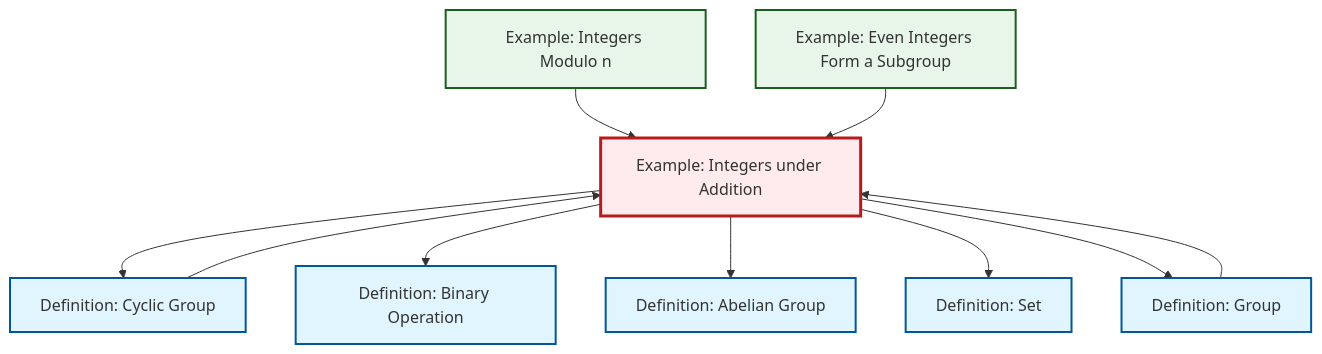
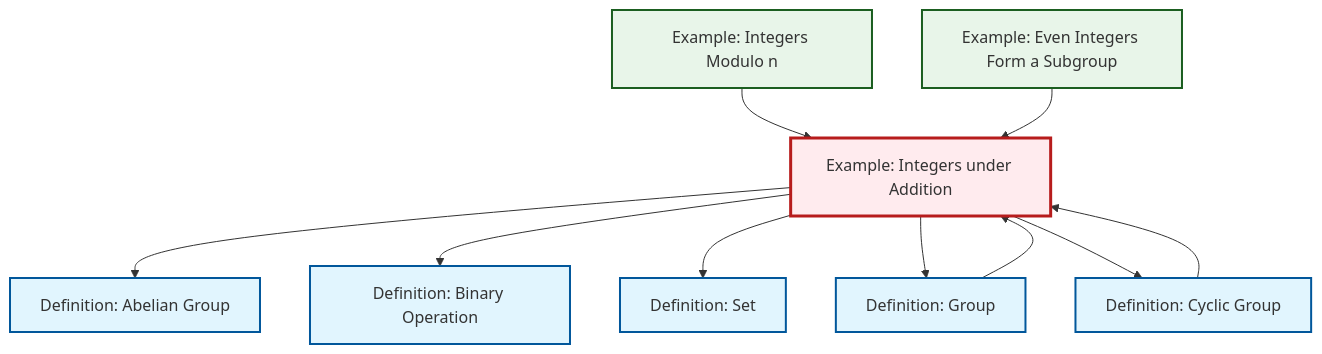
The diagram in content/en/algebra/ex-integers-addition.qmd (RK0429/ModernMath), drawn with Mermaid before and after one commit. The commit also changed other lines of this file and 619 other files, not shown here.

````diff
--- a/content/en/algebra/ex-integers-addition.qmd
+++ b/content/en/algebra/ex-integers-addition.qmd
@@ -73,34 +73,34 @@
 ```{mermaid}
 %%| fig-cap: "Local dependency graph"
 graph TD
     classDef definition fill:#e1f5fe,stroke:#01579b,stroke-width:2px
     classDef theorem fill:#f3e5f5,stroke:#4a148c,stroke-width:2px
     classDef axiom fill:#fff3e0,stroke:#e65100,stroke-width:2px
     classDef example fill:#e8f5e9,stroke:#1b5e20,stroke-width:2px
     classDef current fill:#ffebee,stroke:#b71c1c,stroke-width:3px
-    ex-even-integers-subgroup["Example: Even Integers Form a Subgroup"]:::example
+    def-binary-operation["Definition: Binary Operation"]:::definition
+    def-abelian-group["Definition: Abelian Group"]:::definition
+    ex-integers-addition["Example: Integers under Addition"]:::example
+    def-group["Definition: Group"]:::definition
+    def-set["Definition: Set"]:::definition
     def-cyclic-group["Definition: Cyclic Group"]:::definition
     ex-quotient-integers-mod-n["Example: Integers Modulo n"]:::example
-    ex-integers-addition["Example: Integers under Addition"]:::example
-    def-set["Definition: Set"]:::definition
-    def-abelian-group["Definition: Abelian Group"]:::definition
-    def-group["Definition: Group"]:::definition
-    def-binary-operation["Definition: Binary Operation"]:::definition
-    ex-integers-addition --> def-cyclic-group
-    ex-integers-addition --> def-binary-operation
-    ex-integers-addition --> def-abelian-group
-    ex-integers-addition --> def-set
+    ex-even-integers-subgroup["Example: Even Integers Form a Subgroup"]:::example
     def-group --> ex-integers-addition
     def-cyclic-group --> ex-integers-addition
+    ex-integers-addition --> def-abelian-group
+    ex-quotient-integers-mod-n --> ex-integers-addition
+    ex-integers-addition --> def-binary-operation
+    ex-integers-addition --> def-set
+    ex-even-integers-subgroup --> ex-integers-addition
     ex-integers-addition --> def-group
-    ex-quotient-integers-mod-n --> ex-integers-addition
-    ex-even-integers-subgroup --> ex-integers-addition
+    ex-integers-addition --> def-cyclic-group
     class ex-integers-addition current
-    click ex-even-integers-subgroup "ex-even-integers-subgroup.html" "Go to Even Integers Form a Subgroup example"
+    click def-binary-operation "def-binary-operation.html" "Go to Binary Operation definition"
+    click def-abelian-group "def-abelian-group.html" "Go to Abelian Group definition"
+    click def-group "def-group.html" "Go to Group definition"
+    click def-set "def-set.html" "Go to Set definition"
     click def-cyclic-group "def-cyclic-group.html" "Go to Cyclic Group definition"
     click ex-quotient-integers-mod-n "ex-quotient-integers-mod-n.html" "Go to Integers Modulo n example"
-    click def-set "def-set.html" "Go to Set definition"
-    click def-abelian-group "def-abelian-group.html" "Go to Abelian Group definition"
-    click def-group "def-group.html" "Go to Group definition"
-    click def-binary-operation "def-binary-operation.html" "Go to Binary Operation definition"
+    click ex-even-integers-subgroup "ex-even-integers-subgroup.html" "Go to Even Integers Form a Subgroup example"
 ```
````
